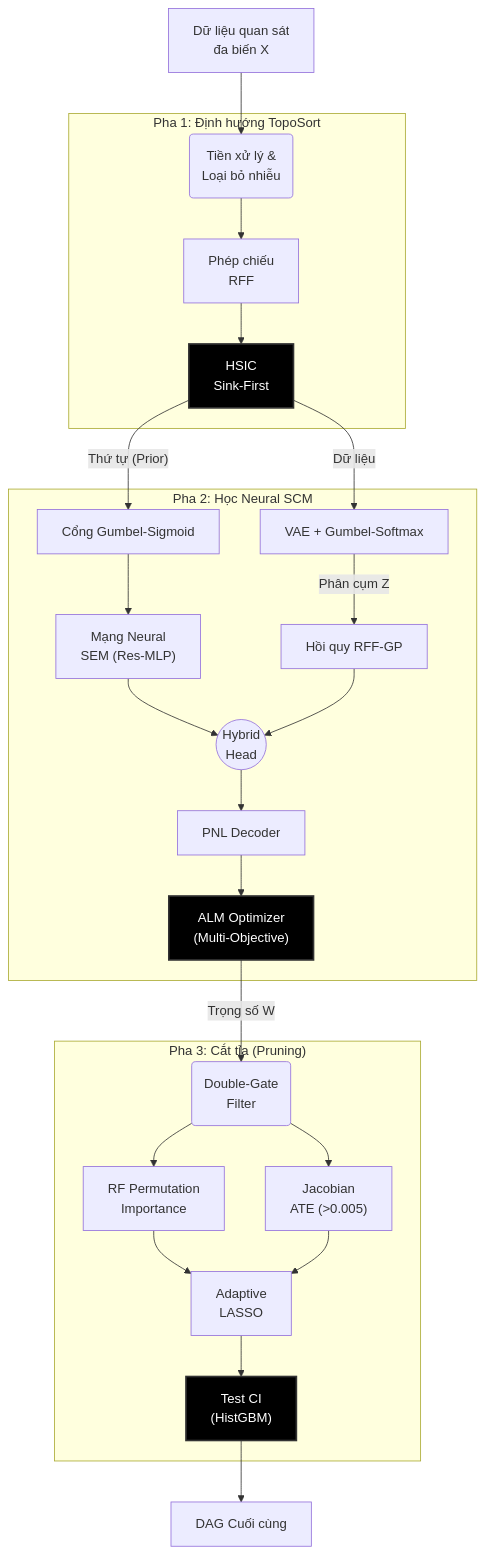
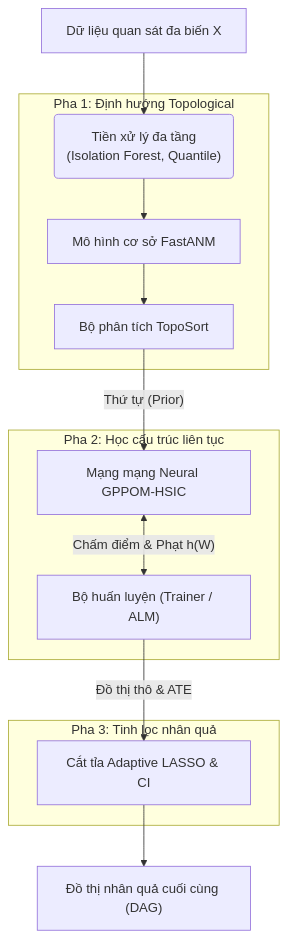
The first of 6 diagrams in docx/Chuong2_MoHinhDeepANM.md (manhthai1706/DeepANM), drawn with Mermaid before and after one commit. The commit also changed other lines of this file, not shown here.

Commit message:
Docs: Complete Chapter 2 with detailed technical diagrams and ML workflows

````diff
--- a/docx/Chuong2_MoHinhDeepANM.md
+++ b/docx/Chuong2_MoHinhDeepANM.md
@@ -16,37 +9,23 @@
 ```mermaid
 graph TD
     classDef highlight fill:#000,color:#fff,stroke:#333,stroke-width:2px;
     classDef sub core fill:#bbf,stroke:#333,stroke-width:2px;
     
-    Data["Dữ liệu quan sát<br/>đa biến X"] --> Preprocess("Tiền xử lý &<br/>Loại bỏ nhiễu")
+    Data["Dữ liệu quan sát đa biến X"] --> Preprocess("Tiền xử lý đa tầng<br/>(Isolation Forest, Quantile)")
     
-    subgraph phase1 ["Pha 1: Định hướng TopoSort"]
-        Preprocess --> RFF["Phép chiếu<br/>RFF"]
-        RFF --> Sink["HSIC<br/>Sink-First"]
+    subgraph phase1 ["Pha 1: Định hướng Topological"]
+        Preprocess --> FastANM["Mô hình cơ sở FastANM"]
+        FastANM --> Topo["Bộ phân tích TopoSort"]
     end
     
-    subgraph phase2 ["Pha 2: Học Neural SCM"]
-        Sink -->|"Thứ tự (Prior)"| Gate["Cổng Gumbel-Sigmoid"]
-        Sink -->|"Dữ liệu"| Encoder["VAE + Gumbel-Softmax"]
-        Gate --> SEM["Mạng Neural<br/>SEM (Res-MLP)"]
-        Encoder -->|"Phân cụm Z"| GP["Hồi quy RFF-GP"]
-        SEM --> Combine((Hybrid<br/>Head))
-        GP --> Combine
-        Combine --> Decoder["PNL Decoder"]
-        Decoder --> ALM["ALM Optimizer<br/>(Multi-Objective)"]
+    subgraph phase2 ["Pha 2: Học cấu trúc liên tục"]
+        Topo -->|"Thứ tự (Prior)"| GPPOM["Mạng mạng Neural GPPOM-HSIC"]
+        GPPOM <--> |"Chấm điểm & Phạt h(W)"| Trainer["Bộ huấn luyện (Trainer / ALM)"]
     end
     
-    subgraph phase3 ["Pha 3: Cắt tỉa (Pruning)"]
-        ALM -->|"Trọng số W"| DoubleGate("Double-Gate<br/>Filter")
-        DoubleGate --> RF["RF Permutation<br/>Importance"]
-        DoubleGate --> ATE["Jacobian<br/>ATE (>0.005)"]
-        RF --> ALasso["Adaptive<br/>LASSO"]
-        ATE --> ALasso
-        ALasso --> CI["Test CI<br/>(HistGBM)"]
+    subgraph phase3 ["Pha 3: Tinh lọc nhân quả"]
+        Trainer -->|"Đồ thị thô & ATE"| Lasso["Cắt tỉa Adaptive LASSO & CI"]
     end
     
-    CI --> Final["DAG Cuối cùng"]
-    
-    class Sink,ALM,CI highlight;
-    class Encoder,SEM,Decoder,GP core;
+    Lasso --> Final["Đồ thị nhân quả cuối cùng (DAG)"]
 ```
````
